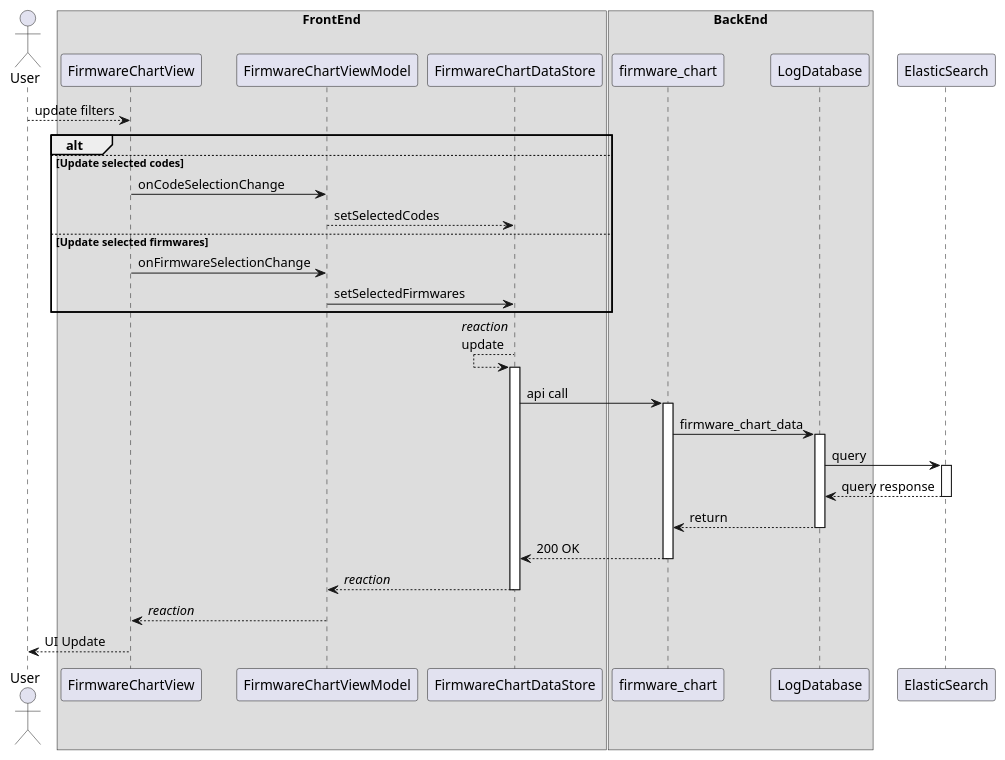
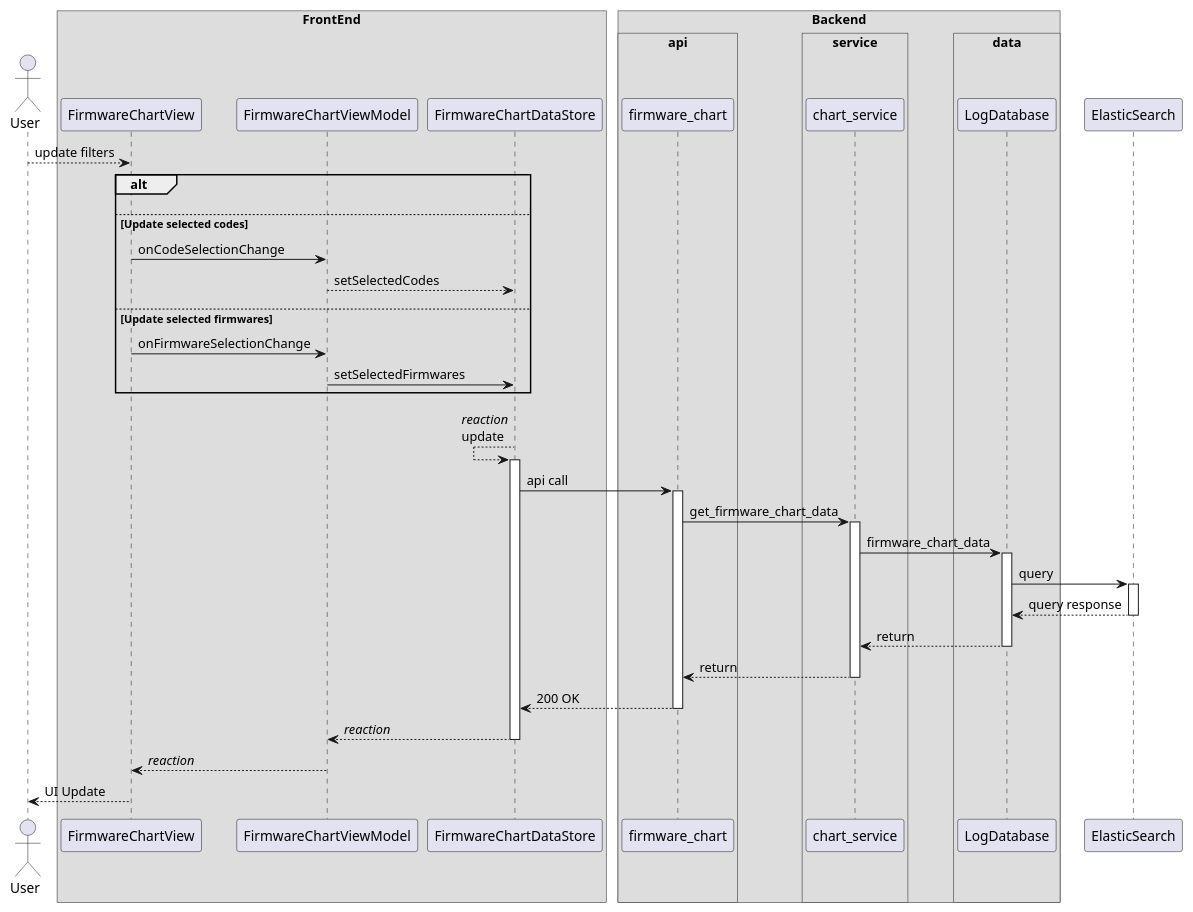
Diagram 12 of 13 in allegato_tecnico.md (sevenelevendevunipd/docs), drawn with PlantUML before and after one commit. The commit also changed other lines of this file and 1 other file, not shown here.

Commit message:
Aggiornamento Allegato Tecnico per nuovo backend (#48)

````diff
--- a/allegato_tecnico.md
+++ b/allegato_tecnico.md
@@ -910,47 +990,60 @@
 ```{ .plantuml caption="Diagramma S5"}
 @startuml
+!pragma teoz true
 actor User
 box "FrontEnd"
 participant FirmwareChartView
 participant FirmwareChartViewModel
 participant FirmwareChartDataStore
 end box
-box "BackEnd"
+
+box Backend
+box api
 participant firmware_chart
+end box
+box service
+participant chart_service
+end box
+box data
 participant LogDatabase
+end box
 end box
 participant ElasticSearch
 
 User --> FirmwareChartView: update filters
 
 alt
 else Update selected codes
 FirmwareChartView -> FirmwareChartViewModel: onCodeSelectionChange
 FirmwareChartViewModel --> FirmwareChartDataStore: setSelectedCodes
 else Update selected firmwares
 FirmwareChartView -> FirmwareChartViewModel: onFirmwareSelectionChange
 FirmwareChartViewModel -> FirmwareChartDataStore: setSelectedFirmwares
 end
 
 FirmwareChartDataStore <-- FirmwareChartDataStore: //reaction//\nupdate
 activate FirmwareChartDataStore
 FirmwareChartDataStore -> firmware_chart: api call
 activate firmware_chart
-firmware_chart -> LogDatabase: firmware_chart_data
+firmware_chart -> chart_service: get_firmware_chart_data
+activate chart_service
+chart_service -> LogDatabase: firmware_chart_data
 activate LogDatabase
 LogDatabase -> ElasticSearch: query
 activate ElasticSearch
 LogDatabase <-- ElasticSearch: query response
 deactivate ElasticSearch
-firmware_chart <-- LogDatabase: return
+chart_service <-- LogDatabase: return
 deactivate LogDatabase
+firmware_chart <-- chart_service: return
+deactivate chart_service
 FirmwareChartDataStore <-- firmware_chart: 200 OK
 deactivate firmware_chart
 FirmwareChartViewModel <-- FirmwareChartDataStore: //reaction//
 deactivate FirmwareChartDataStore
 FirmwareChartView <-- FirmwareChartViewModel: //reaction//
 
 User <-- FirmwareChartView: UI Update
 
 @enduml
 ```
````
